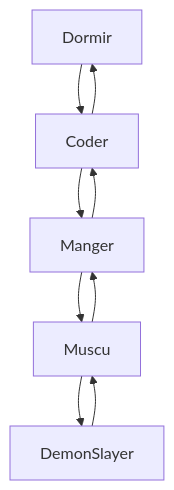
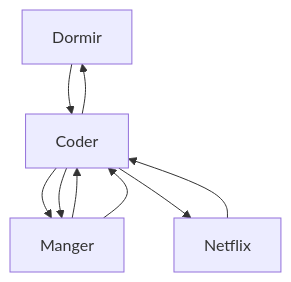
One commit to itzzenfant/leenfant changed the diagram in README.md. Above: the diagram before and after it, drawn with Mermaid.

````diff
--- a/README.md
+++ b/README.md
@@ -10,11 +10,11 @@
 ```mermaid 
     graph TD;
     Dormir-->Coder;
     Coder-->Manger;
-    Manger-->Muscu;
-    Muscu-->DemonSlayer;
-    DemonSlayer-->Muscu;
-    Muscu-->Manger;
+    Manger-->Coder;
+    Coder-->Netflix;
+    Netflix-->Coder;
+    Coder-->Manger;
     Manger-->Coder;
     Coder-->Dormir;
 ```
````
